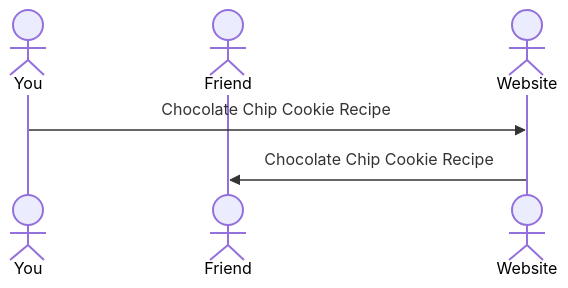
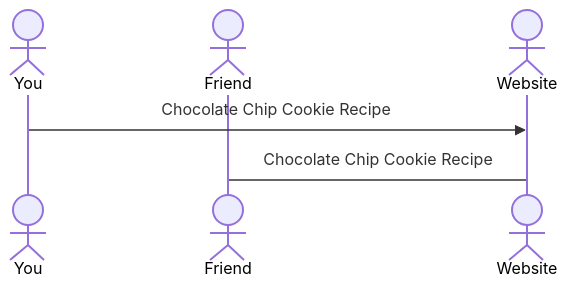
The diagram in README.md (qhilton/startup), drawn with Mermaid before and after one commit. The commit also changed other lines of this file, not shown here.

````diff
--- a/README.md
+++ b/README.md
@@ -40,8 +38,8 @@
 ```mermaid
 sequenceDiagram
     actor You
     actor Friend
     actor Website
     You->>Website: Chocolate Chip Cookie Recipe
-    Website->>Friend: Chocolate Chip Cookie Recipe
+    Website->Friend: Chocolate Chip Cookie Recipe
 ```
````
